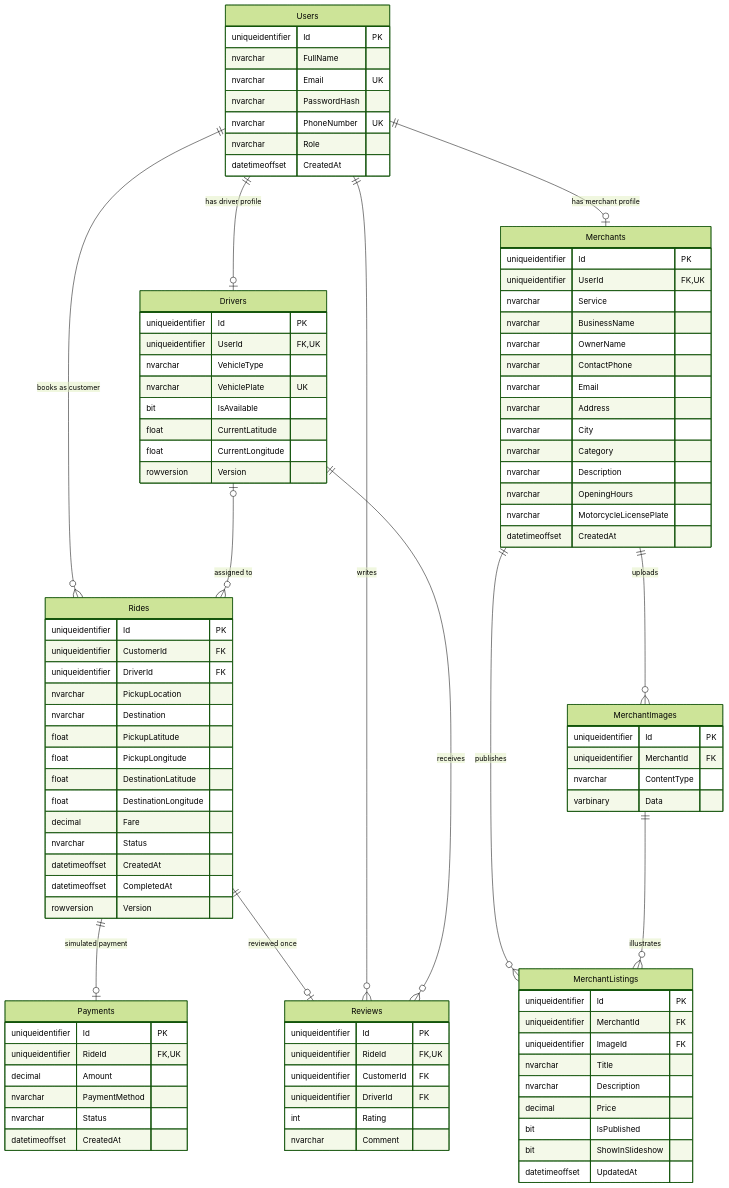
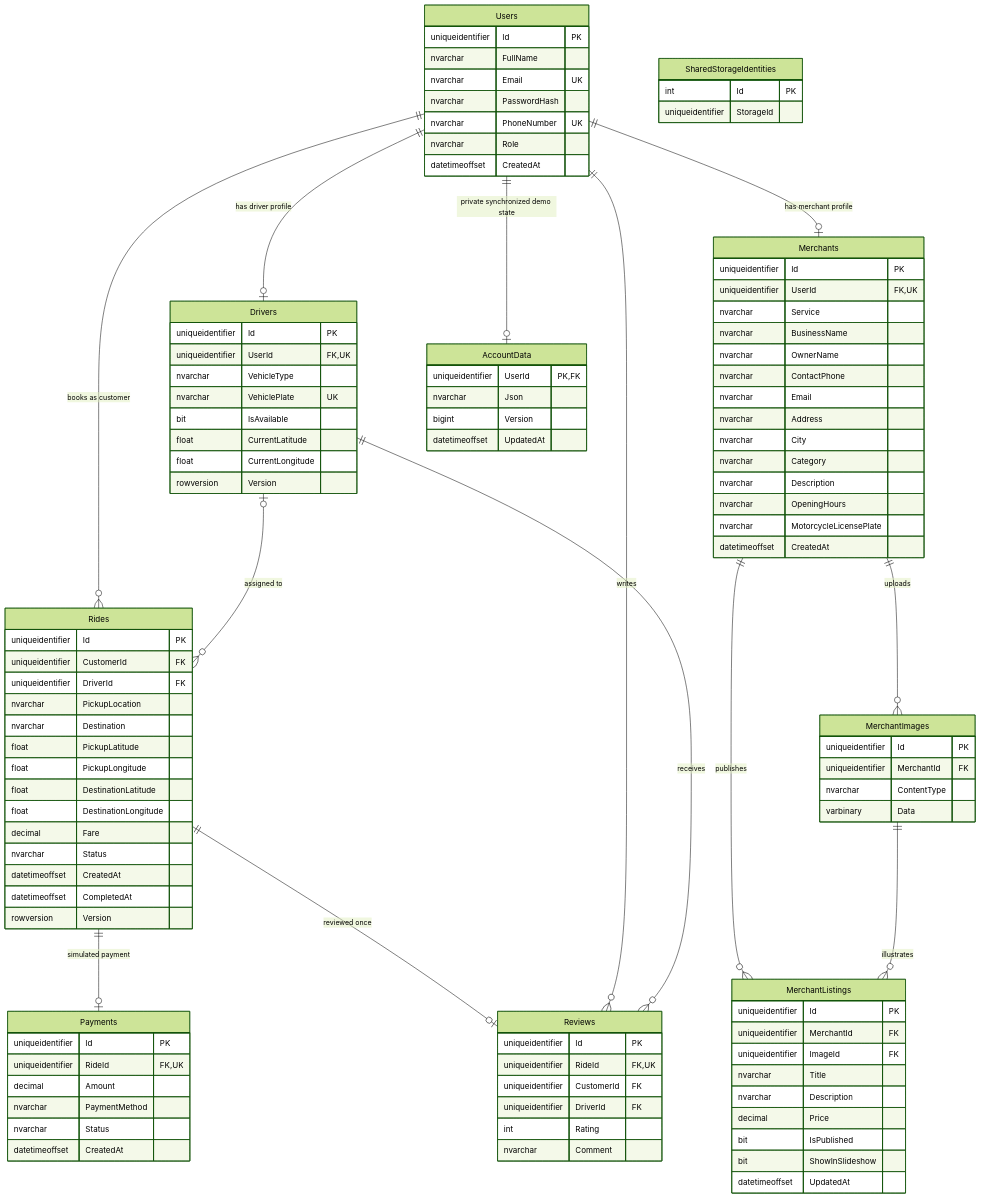
The diagram in backend/DATABASE_ERD.md (rinrithyreach/grab-platform), drawn with Mermaid (forest theme) before and after one commit. The commit also changed other lines of this file and 109 other files, not shown here.

````diff
--- a/backend/DATABASE_ERD.md
+++ b/backend/DATABASE_ERD.md
@@ -4,6 +4,7 @@
 erDiagram
     Users ||--o| Drivers : "has driver profile"
     Users ||--o| Merchants : "has merchant profile"
+    Users ||--o| AccountData : "private synchronized demo state"
     Merchants ||--o{ MerchantImages : uploads
     Merchants ||--o{ MerchantListings : publishes
     MerchantImages ||--o{ MerchantListings : illustrates
@@ -97,4 +98,14 @@
         bit ShowInSlideshow
         datetimeoffset UpdatedAt
     }
+    AccountData {
+        uniqueidentifier UserId PK,FK
+        nvarchar Json
+        bigint Version
+        datetimeoffset UpdatedAt
+    }
+    SharedStorageIdentities {
+        int Id PK
+        uniqueidentifier StorageId
+    }
 ```
````
